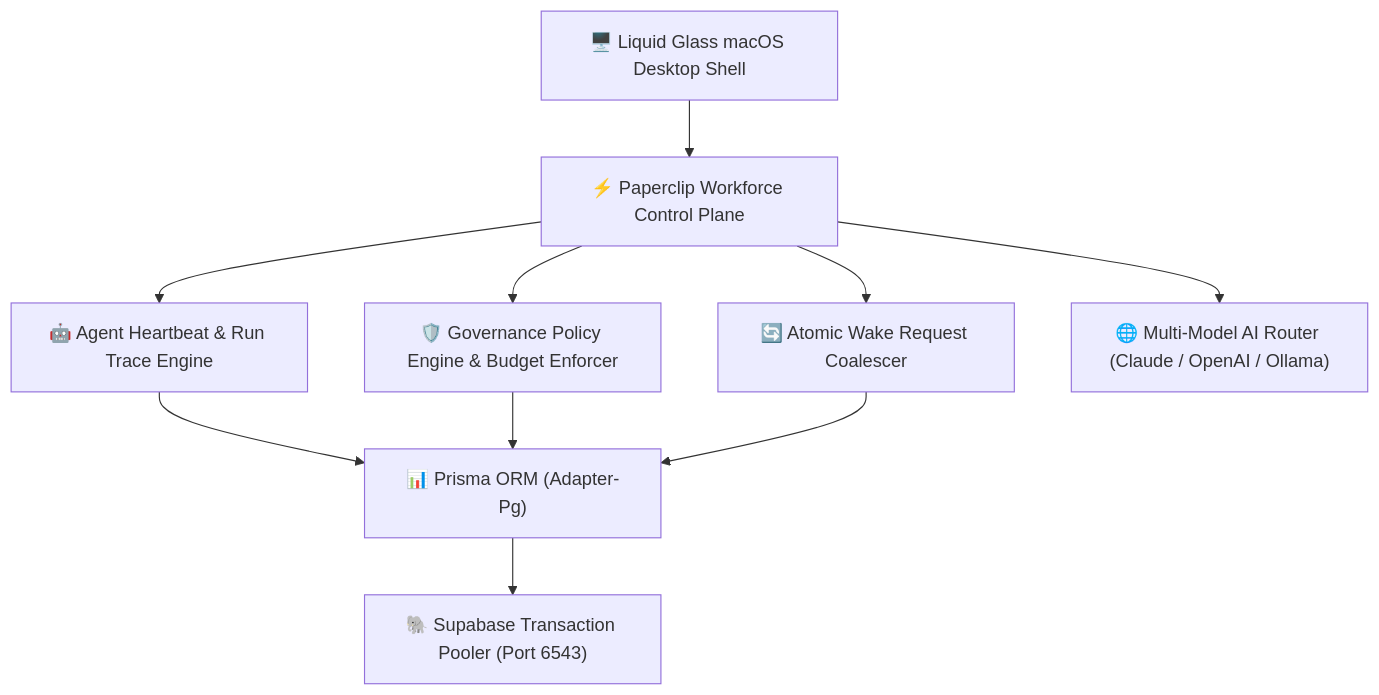
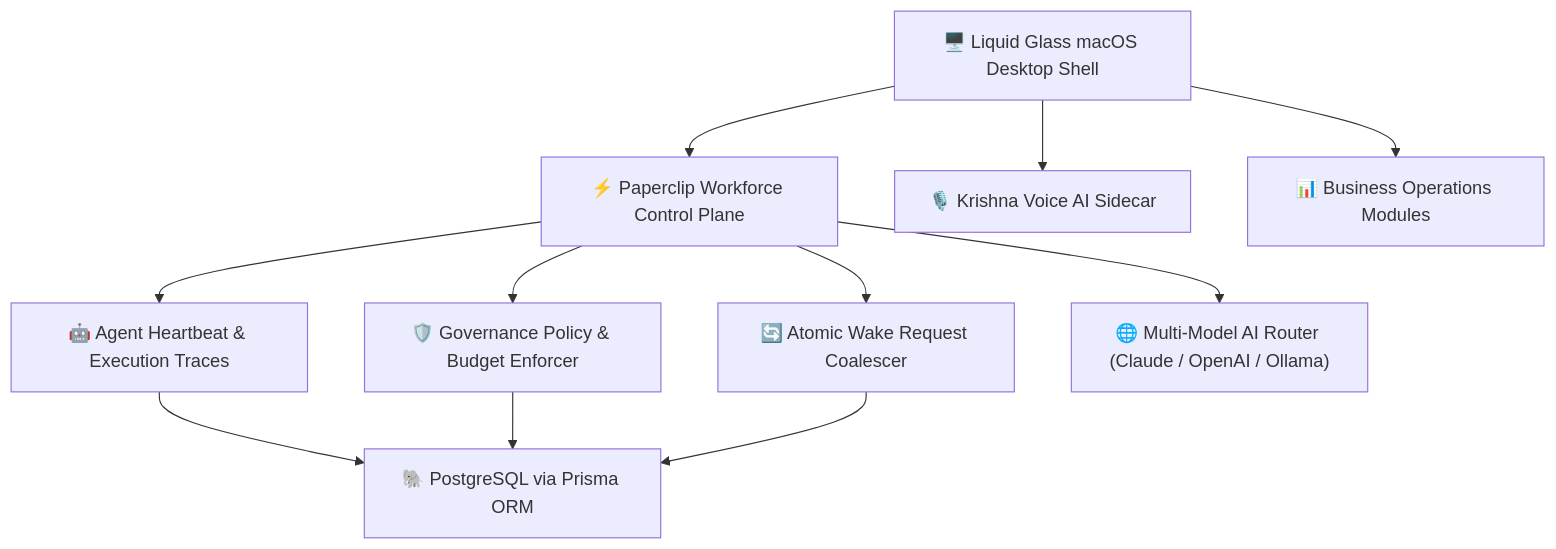
The diagram in README.md (KashinathTilagul/commerce-os), drawn with Mermaid before and after one commit. The commit also changed other lines of this file, not shown here.

````diff
--- a/README.md
+++ b/README.md
@@ -17,12 +17,13 @@
 ```mermaid
 graph TD
     A["🖥️ Liquid Glass macOS Desktop Shell"] --> B["⚡ Paperclip Workforce Control Plane"]
-    B --> C["🤖 Agent Heartbeat & Run Trace Engine"]
-    B --> D["🛡️ Governance Policy Engine & Budget Enforcer"]
-    B --> E["🔄 Atomic Wake Request Coalescer"]
-    C --> F["📊 Prisma ORM (Adapter-Pg)"]
-    D --> F
-    E --> F
-    F --> G["🐘 Supabase Transaction Pooler (Port 6543)"]
-    B --> H["🌐 Multi-Model AI Router (Claude / OpenAI / Ollama)"]
+    A --> C["🎙️ Krishna Voice AI Sidecar"]
+    A --> D["📊 Business Operations Modules"]
+    B --> E["🤖 Agent Heartbeat & Execution Traces"]
+    B --> F["🛡️ Governance Policy & Budget Enforcer"]
+    B --> G["🔄 Atomic Wake Request Coalescer"]
+    E --> H["🐘 PostgreSQL via Prisma ORM"]
+    F --> H
+    G --> H
+    B --> I["🌐 Multi-Model AI Router (Claude / OpenAI / Ollama)"]
 ```
````
